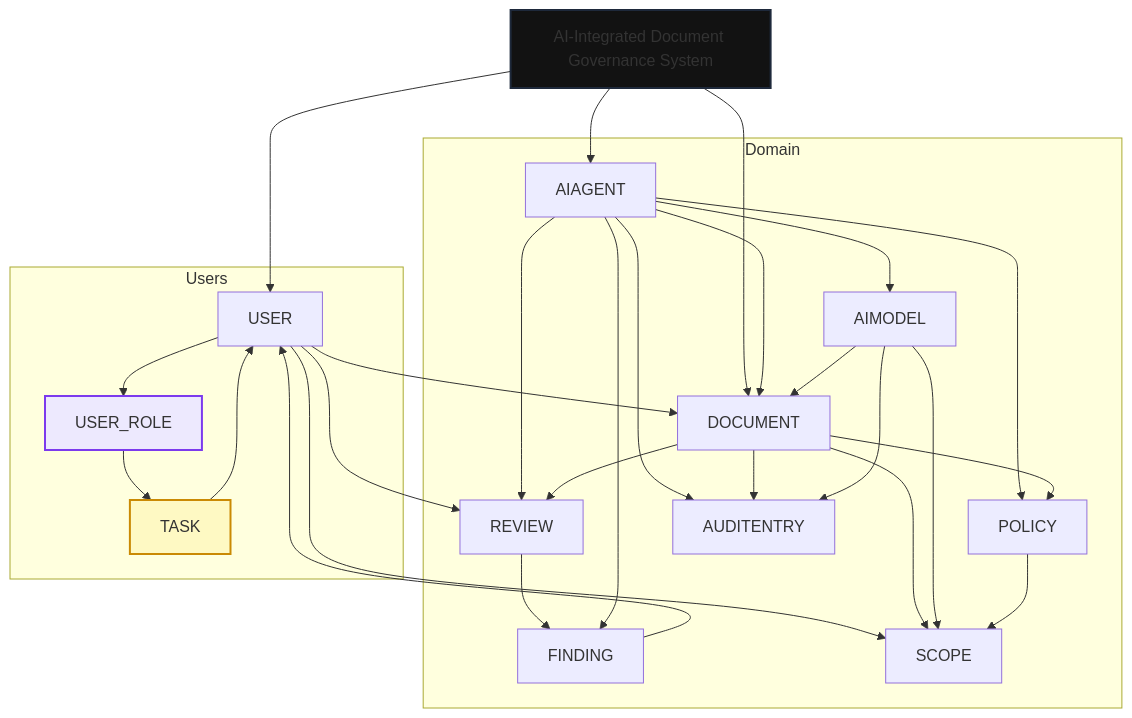
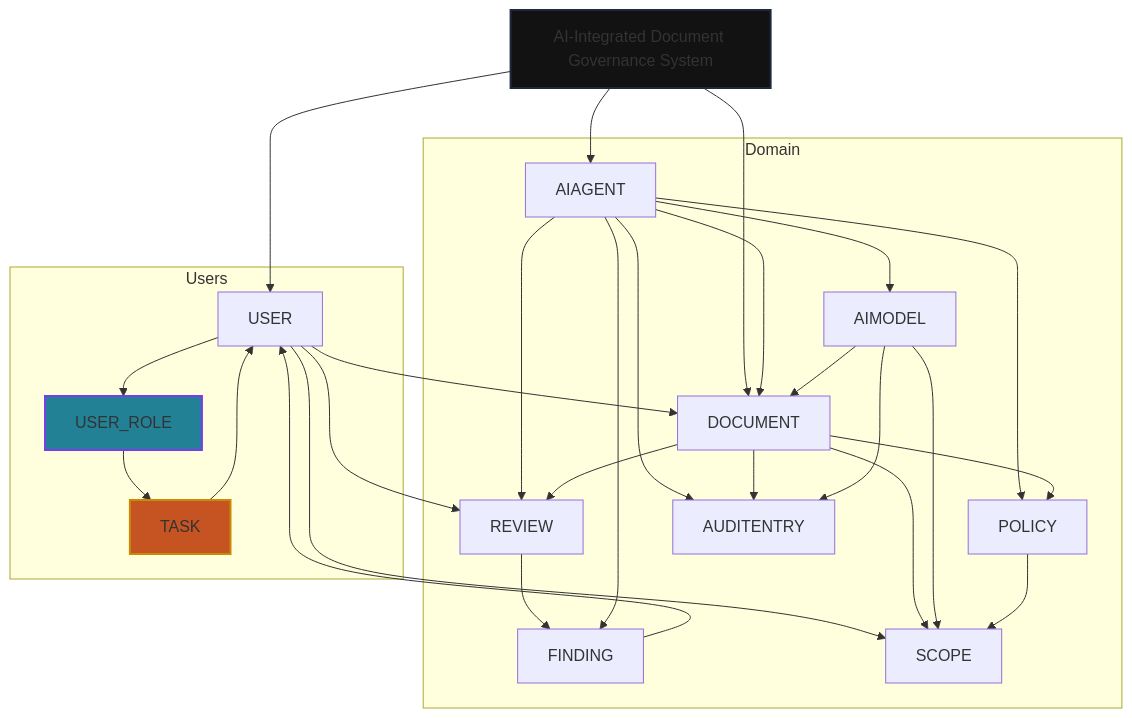
One commit to RudyMartin/genai-specs changed the diagram in charts-flow-users.md. Above: the diagram before and after it, drawn with Mermaid.

````diff
--- a/charts-flow-users.md
+++ b/charts-flow-users.md
@@ -1,64 +1,64 @@
 ```mermaid
 graph TD
 
   %% === TITLE ===
   TITLE[AI-Integrated Document Governance System]
   TITLE --> USER
   TITLE --> AIAGENT
   TITLE --> DOCUMENT
 
   %% === USER AREA ===
   subgraph Users
     USER[USER]
     USER_ROLE[USER_ROLE]
     USER --> USER_ROLE
     USER_ROLE --> TASK
     TASK --> USER
   end
 
 
 
   %% === DOMAIN AREA ===
   subgraph Domain
     DOCUMENT[DOCUMENT]
     REVIEW[REVIEW]
     FINDING[FINDING]
     SCOPE[SCOPE]
     POLICY[POLICY]
     AUDITENTRY[AUDITENTRY]
     AIMODEL[AIMODEL]
 
     USER --> DOCUMENT
     USER --> REVIEW
     REVIEW --> FINDING
     FINDING --> USER
     USER --> SCOPE
 
     AIAGENT --> REVIEW
     AIAGENT --> DOCUMENT
     AIAGENT --> FINDING
     AIAGENT --> POLICY
     AIAGENT --> AUDITENTRY
     AIAGENT --> AIMODEL
 
     DOCUMENT --> REVIEW
     DOCUMENT --> SCOPE
     DOCUMENT --> POLICY
     DOCUMENT --> AUDITENTRY
 
     AIMODEL --> DOCUMENT
     AIMODEL --> SCOPE
     AIMODEL --> AUDITENTRY
     POLICY --> SCOPE
   end
 
   %% === STYLE CLASSES ===
   classDef titleStyle fill:#121212,stroke:#1e293b,stroke-width:2px;
-  classDef taskStyle fill:#fef9c3,stroke:#ca8a04,stroke-width:2px;
-  classDef roleStyle fill:#ede9fe,stroke:#7c3aed,stroke-width:2px;
+  classDef taskStyle fill:#C55422,stroke:#ca8a04,stroke-width:2px;
+  classDef roleStyle fill:#238196,stroke:#7c3aed,stroke-width:2px;
 
   %% === APPLY STYLES ===
   class TITLE titleStyle
   class TASK taskStyle
   class USER_ROLE,AIAGENT_ROLE roleStyle
 ```
````
